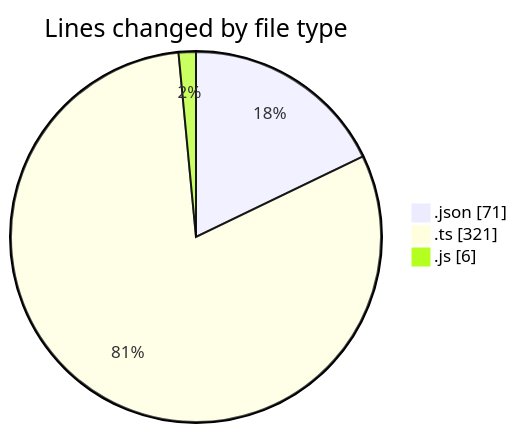
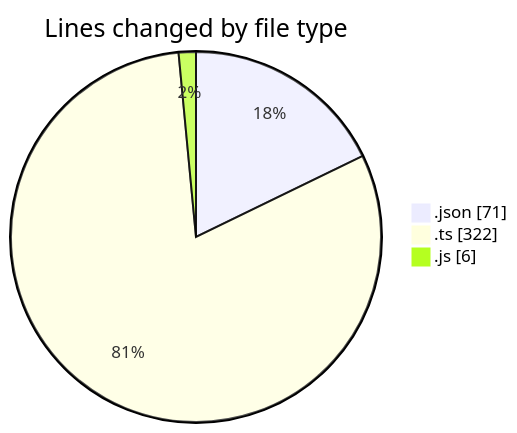
Before and after one commit to momahboobian/code-tracking: the first of 2 diagrams in 2025-02-06/cda/README.md, drawn with Mermaid. The commit also changed other lines of this file and 1 other file, not shown here.

````diff
--- a/2025-02-06/cda/README.md
+++ b/2025-02-06/cda/README.md
@@ -25,7 +25,7 @@
 ```mermaid
 pie showData
 title Lines changed by file type
 ".json" : 71
-".ts" : 321
+".ts" : 322
 ".js" : 6
 ```
````
